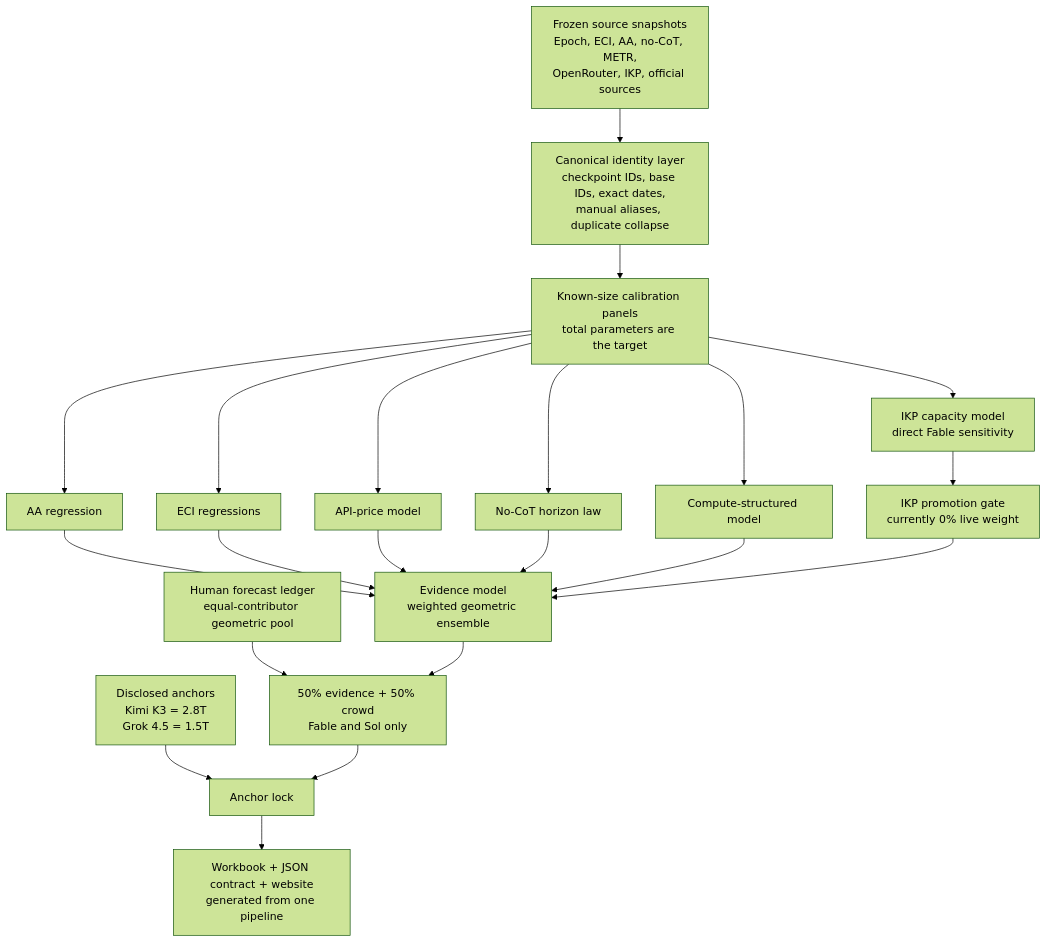
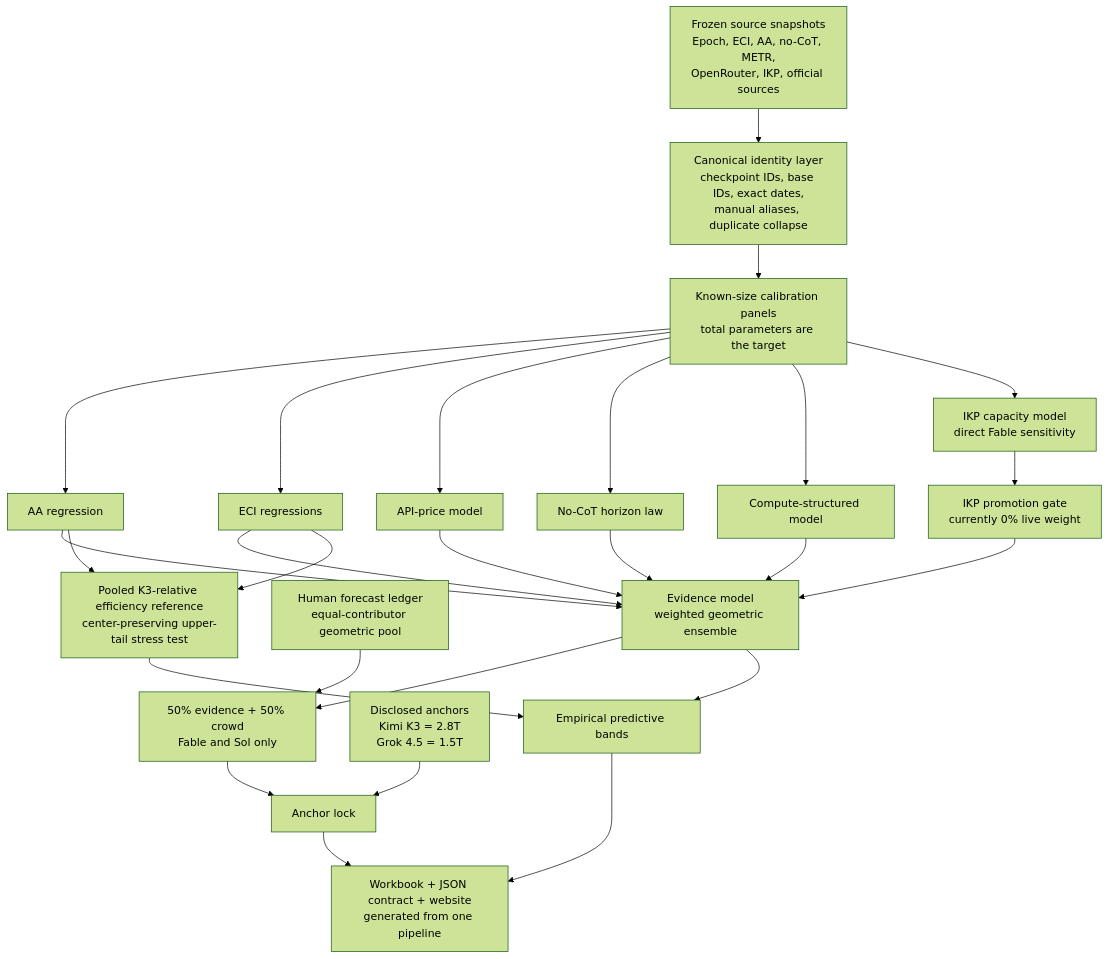
The diagram in README.md (anpaure/frontier-model-sizes), drawn with Mermaid (forest theme) before and after one commit. The commit also changed other lines of this file and 44 other files, not shown here.

````diff
--- a/README.md
+++ b/README.md
@@ -28,26 +28,31 @@
 ```mermaid
 flowchart TD
     A["Frozen source snapshots<br/>Epoch, ECI, AA, no-CoT, METR,<br/>OpenRouter, IKP, official sources"] --> B["Canonical identity layer<br/>checkpoint IDs, base IDs, exact dates,<br/>manual aliases, duplicate collapse"]
     B --> C["Known-size calibration panels<br/>total parameters are the target"]
     C --> D1["AA regression"]
     C --> D2["ECI regressions"]
     C --> D3["API-price model"]
     C --> D4["No-CoT horizon law"]
     C --> D5["Compute-structured model"]
     C --> D6["IKP capacity model<br/>direct Fable sensitivity"]
     D6 --> D7["IKP promotion gate<br/>currently 0% live weight"]
 
     D1 --> E["Evidence model<br/>weighted geometric ensemble"]
     D2 --> E
     D3 --> E
     D4 --> E
     D5 --> E
     D7 --> E
 
     F["Human forecast ledger<br/>equal-contributor geometric pool"] --> G["50% evidence + 50% crowd<br/>Fable and Sol only"]
     E --> G
 
     H["Disclosed anchors<br/>Kimi K3 = 2.8T<br/>Grok 4.5 = 1.5T"] --> I["Anchor lock"]
     G --> I
+    D1 --> K["Pooled K3-relative efficiency reference<br/>center-preserving upper-tail stress test"]
+    D2 --> K
+    E --> L["Empirical predictive bands"]
+    K --> L
     I --> J["Workbook + JSON contract + website<br/>generated from one pipeline"]
+    L --> J
 ```
````
